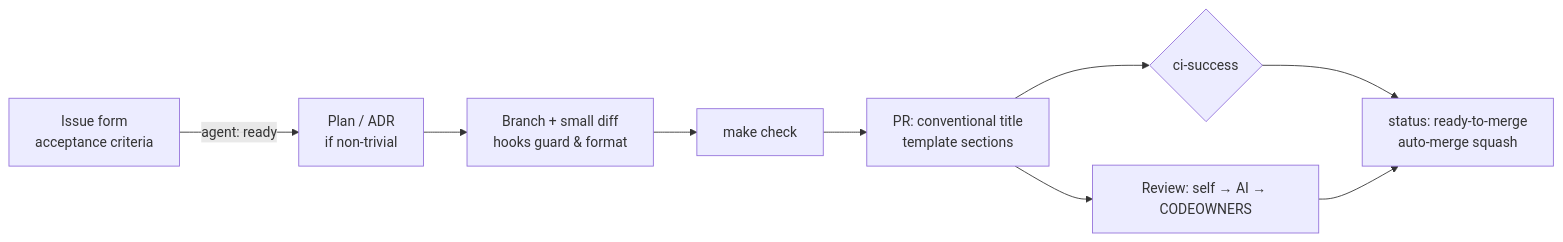
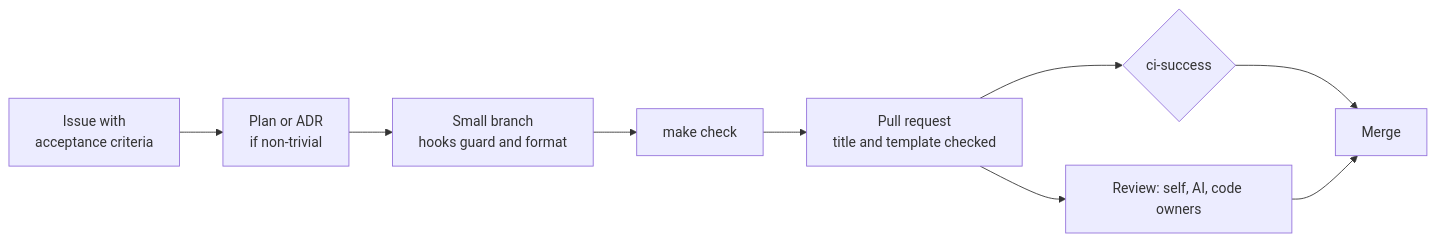
Before and after one commit to edwinjosechittilappilly/shipshape-stack: the diagram in README.md, drawn with Mermaid. The commit also changed other lines of this file and 1 other file, not shown here.

````diff
--- a/README.md
+++ b/README.md
@@ -95,11 +140,11 @@
 ```mermaid
 flowchart LR
-  I[Issue form<br/>acceptance criteria] -->|agent: ready| P[Plan / ADR<br/>if non-trivial]
-  P --> B[Branch + small diff<br/>hooks guard & format]
+  I[Issue with<br/>acceptance criteria] --> P[Plan or ADR<br/>if non-trivial]
+  P --> B[Small branch<br/>hooks guard and format]
   B --> L[make check]
-  L --> PR[PR: conventional title<br/>template sections]
+  L --> PR[Pull request<br/>title and template checked]
   PR --> C{ci-success}
-  PR --> R[Review: self → AI → CODEOWNERS]
-  C --> M[status: ready-to-merge<br/>auto-merge squash]
+  PR --> R[Review: self, AI, code owners]
+  C --> M[Merge]
   R --> M
 ```
````
